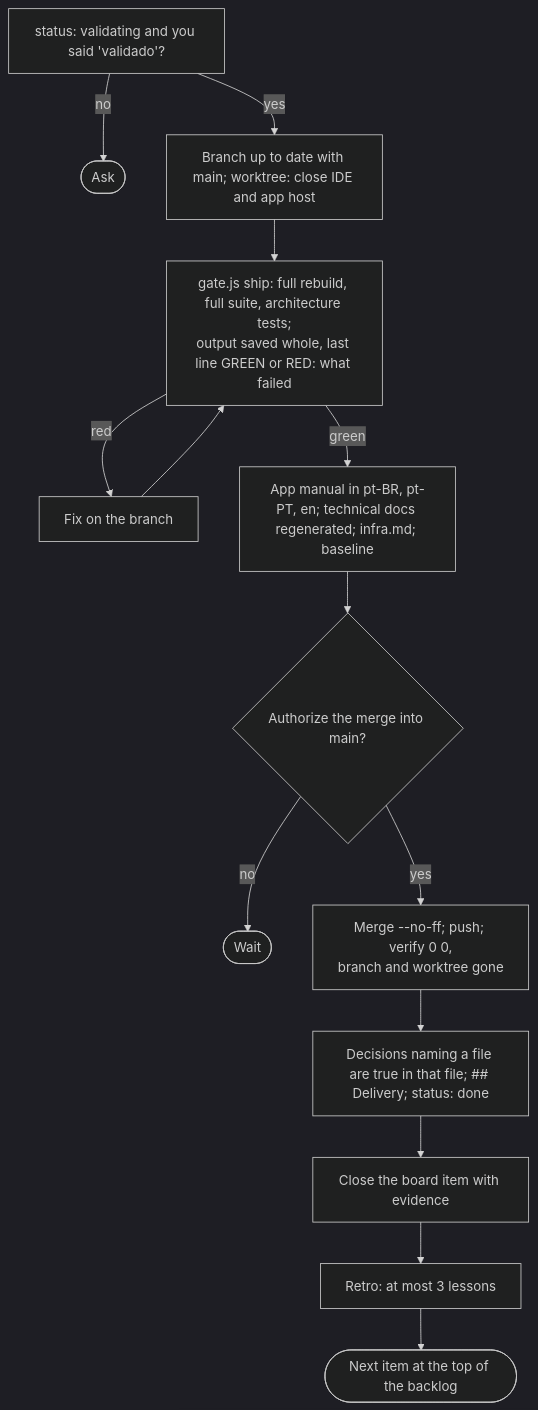
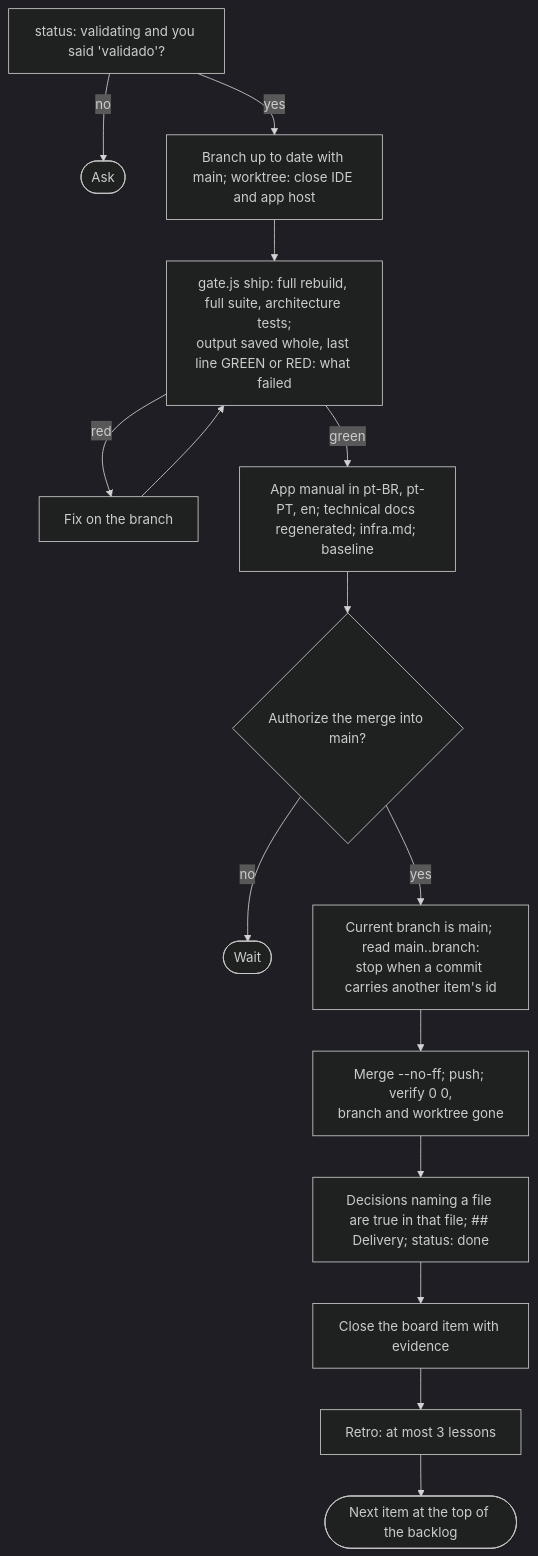
Diagram 11 of 16 in docs/agile/workflow.md (alexcanario/simulab), drawn with Mermaid (dark theme) before and after one commit. The commit also changed other lines of this file and 3 other files, not shown here.

````diff
--- a/docs/agile/workflow.md
+++ b/docs/agile/workflow.md
@@ -1062,16 +1062,17 @@
 ```mermaid
 flowchart TD
     A["status: validating and you said 'validado'?"] -->|no| A1(["Ask"])
     A -->|yes| B["Branch up to date with main; worktree: close IDE and app host"]
     B --> C["gate.js ship: full rebuild, full suite, architecture tests;<br/>output saved whole, last line GREEN or RED: what failed"]
     C -->|red| C1["Fix on the branch"]
     C1 --> C
     C -->|green| D["App manual in pt-BR, pt-PT, en; technical docs regenerated; infra.md; baseline"]
     D --> E{"Authorize the merge into main?"}
     E -->|no| E1(["Wait"])
-    E -->|yes| F["Merge --no-ff; push; verify 0 0,<br/>branch and worktree gone"]
+    E -->|yes| E2["Current branch is main; read main..branch:<br/>stop when a commit carries another item's id"]
+    E2 --> F["Merge --no-ff; push; verify 0 0,<br/>branch and worktree gone"]
     F --> G["Decisions naming a file are true in that file; ## Delivery; status: done"]
     G --> H["Close the board item with evidence"]
     H --> I["Retro: at most 3 lessons"]
     I --> J(["Next item at the top of the backlog"])
 ```
````
